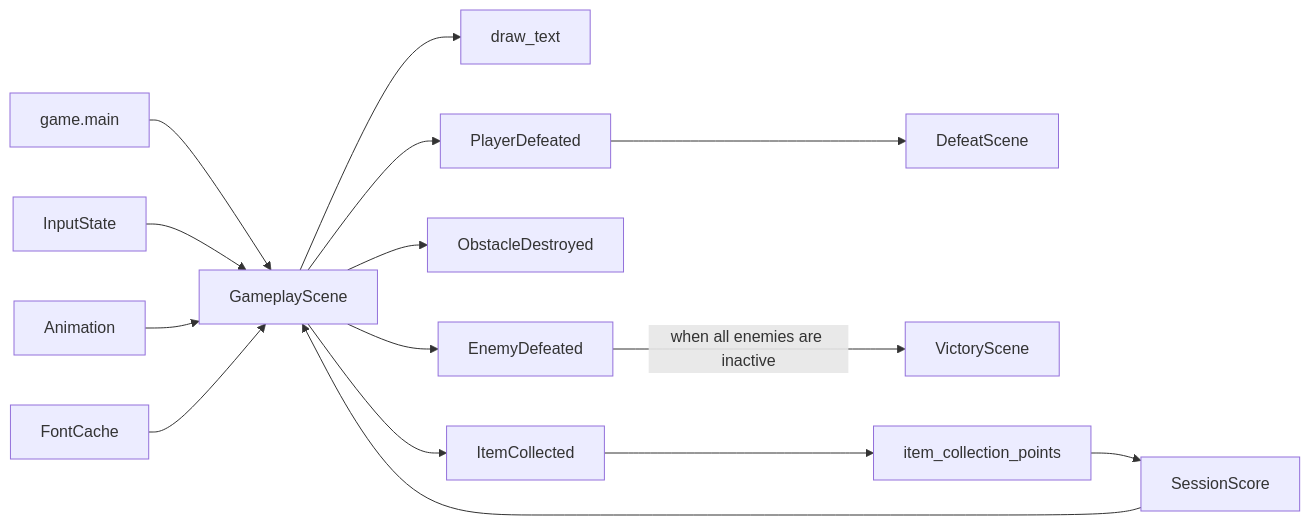
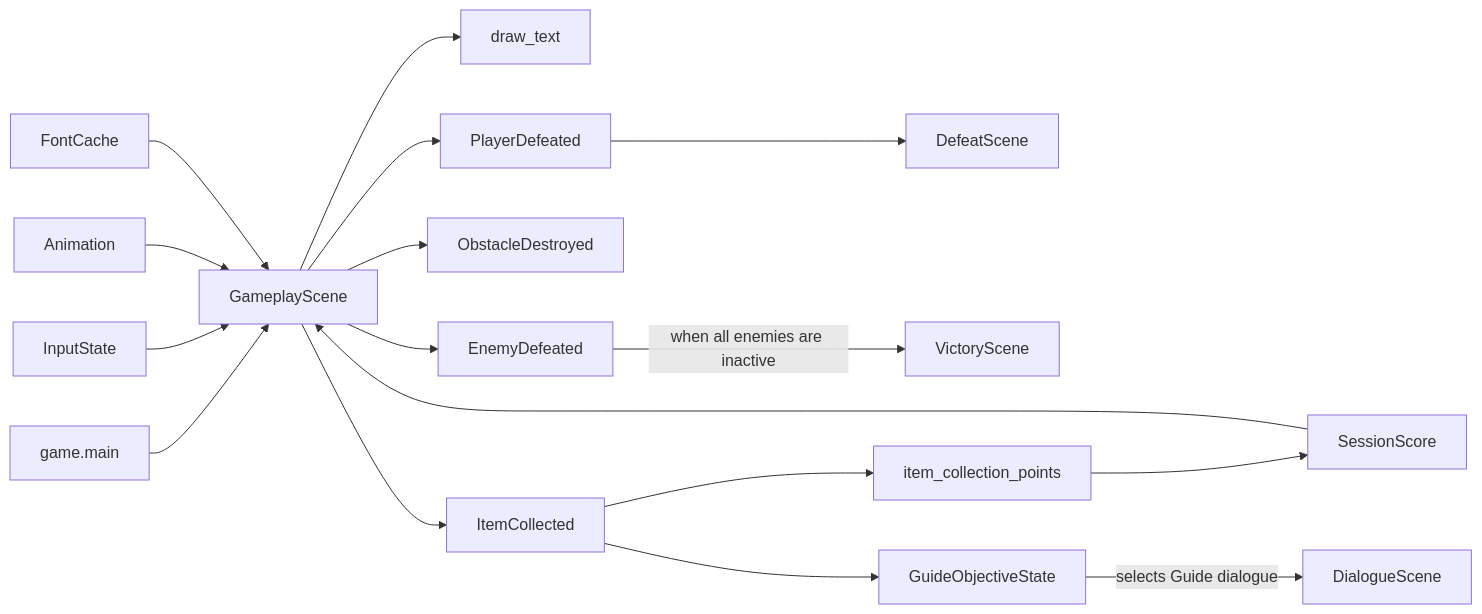
One commit to VincentMardon/my_first_adventure_game changed the third of 3 diagrams in docs/architecture/overview.md. Above: the diagram before and after it, drawn with Mermaid. The commit also changed other lines of this file and 17 other files, not shown here.

Commit message:
feat(progession): add guide collection objective

````diff
--- a/docs/architecture/overview.md
+++ b/docs/architecture/overview.md
@@ -273,20 +282,22 @@
 ```mermaid
 flowchart LR
     GameMain["game.main"] --> GameplayScene["GameplayScene"]
 
     InputState["InputState"] --> GameplayScene
     SessionScore["SessionScore"] --> GameplayScene
     Animation["Animation"] --> GameplayScene
     FontCache["FontCache"] --> GameplayScene
     GameplayScene --> DrawText["draw_text"]
 
     GameplayScene --> ItemCollected["ItemCollected"]
     GameplayScene --> ObstacleDestroyed["ObstacleDestroyed"]
     GameplayScene --> EnemyDefeated["EnemyDefeated"]
     GameplayScene --> PlayerDefeated["PlayerDefeated"]
     PlayerDefeated --> DefeatScene["DefeatScene"]
     EnemyDefeated -->|"when all enemies are inactive"| VictoryScene["VictoryScene"]
 
     ItemCollected --> ItemCollectionPoints["item_collection_points"]
     ItemCollectionPoints --> SessionScore
+    ItemCollected --> GuideObjectiveState["GuideObjectiveState"]
+    GuideObjectiveState -->|"selects Guide dialogue"| DialogueScene["DialogueScene"]
 ```
````
